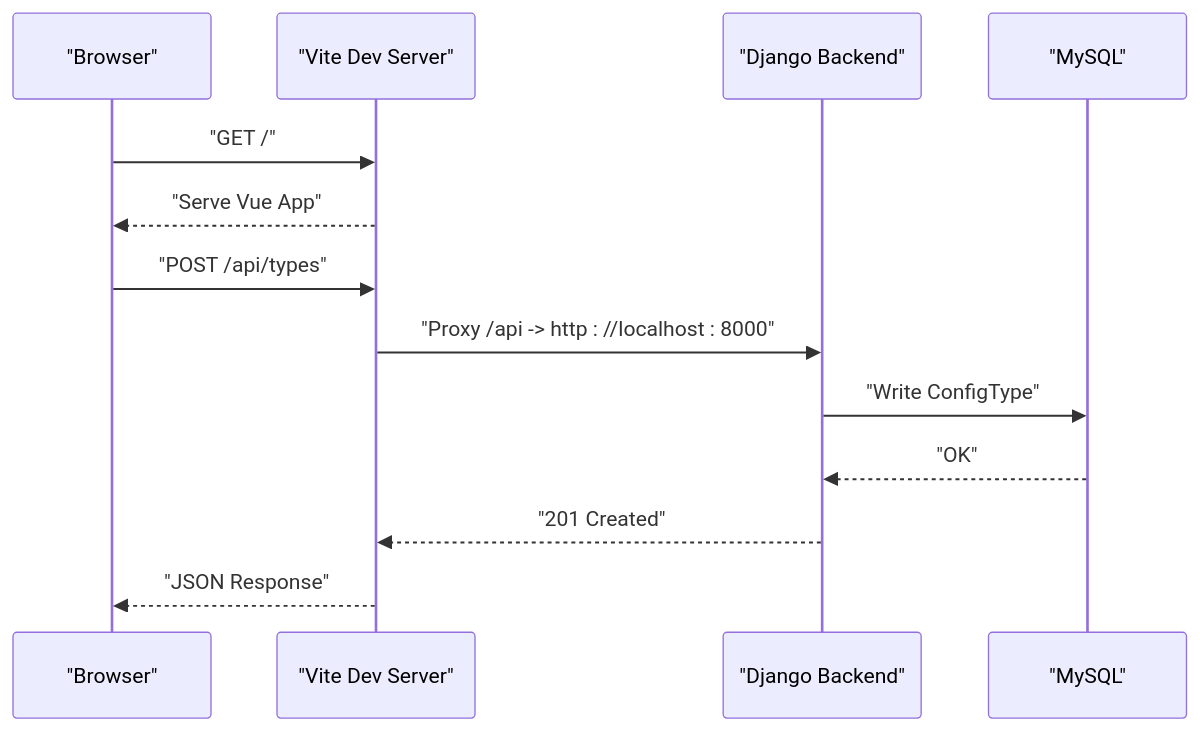
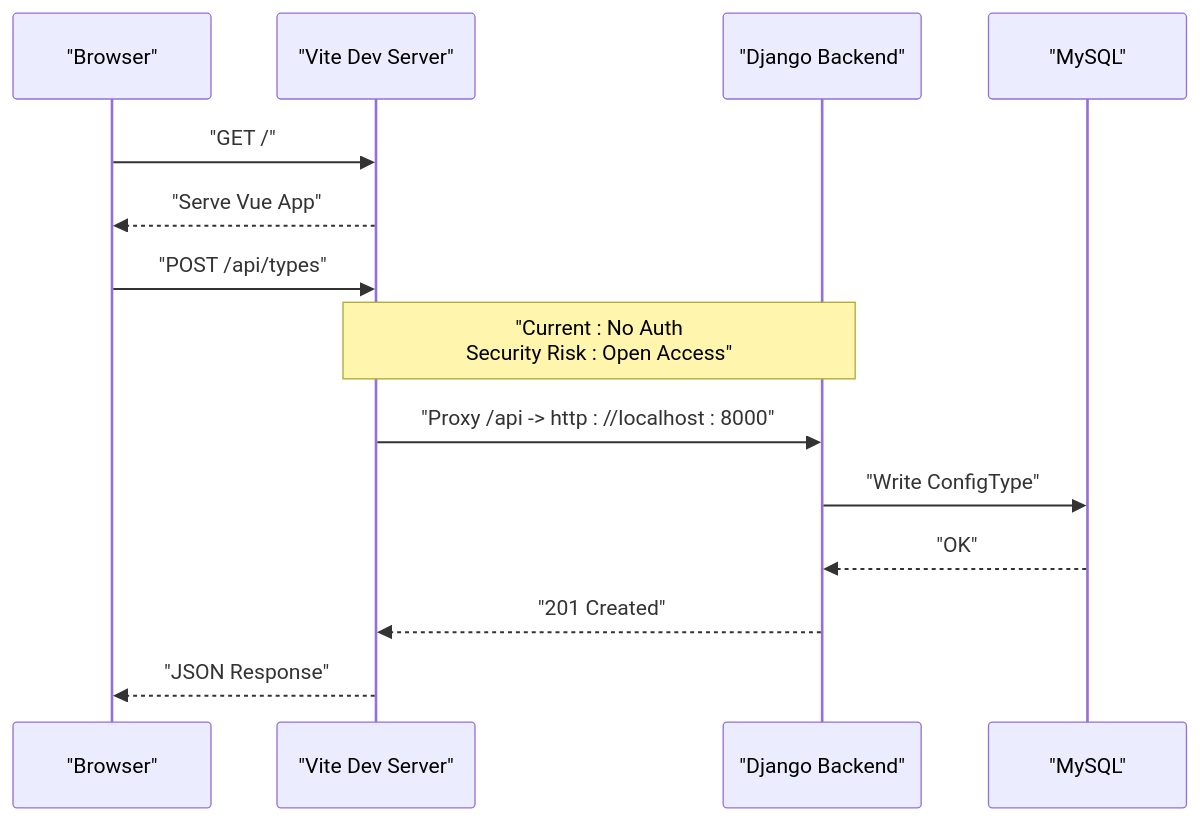
One commit to fengyong/ai-ops changed the second of 6 diagrams in .qoder/repowiki/en/content/Development Guidelines.md. Above: the diagram before and after it, drawn with Mermaid. The commit also changed other lines of this file and 7 other files, not shown here.

````diff
--- a/.qoder/repowiki/en/content/Development Guidelines.md
+++ b/.qoder/repowiki/en/content/Development Guidelines.md
@@ -102,15 +118,16 @@
 ```mermaid
 sequenceDiagram
 participant Browser as "Browser"
 participant Vite as "Vite Dev Server"
 participant Django as "Django Backend"
 participant DB as "MySQL"
 Browser->>Vite : "GET /"
 Vite-->>Browser : "Serve Vue App"
 Browser->>Vite : "POST /api/types"
+Note over Vite,Django : "Current : No Auth<br/>Security Risk : Open Access"
 Vite->>Django : "Proxy /api -> http : //localhost : 8000"
 Django->>DB : "Write ConfigType"
 DB-->>Django : "OK"
 Django-->>Vite : "201 Created"
 Vite-->>Browser : "JSON Response"
 ```
````
